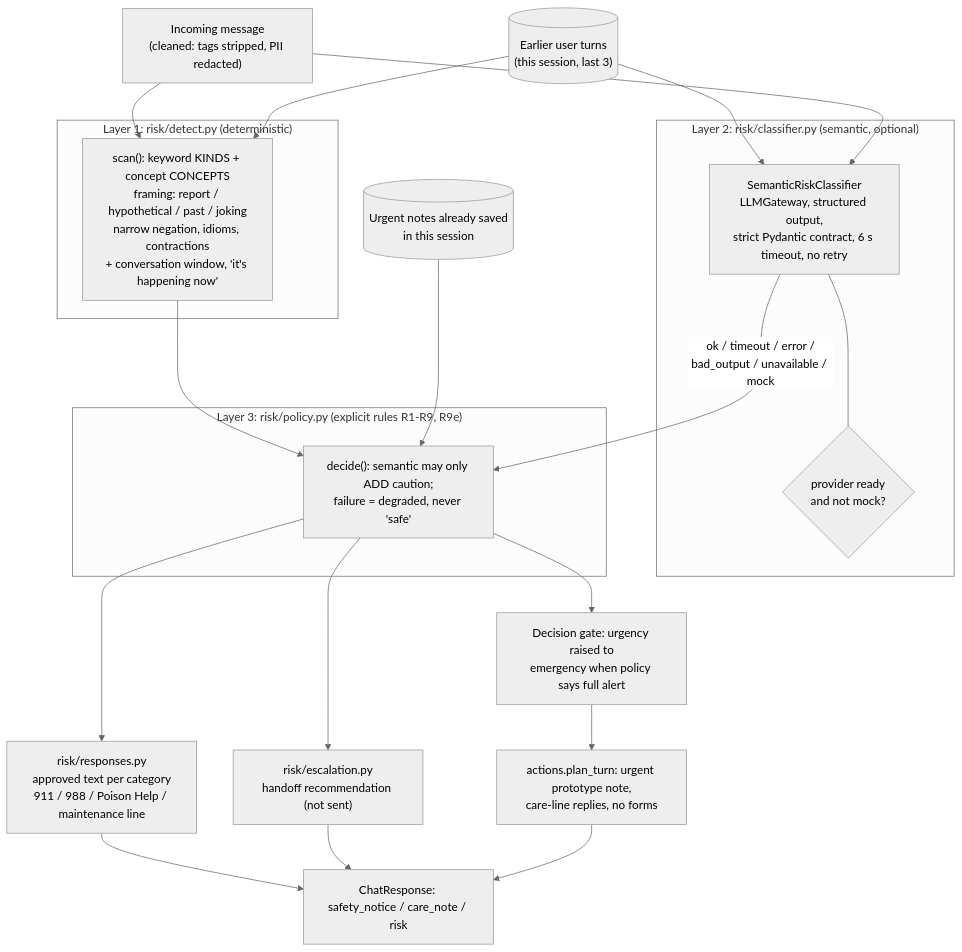
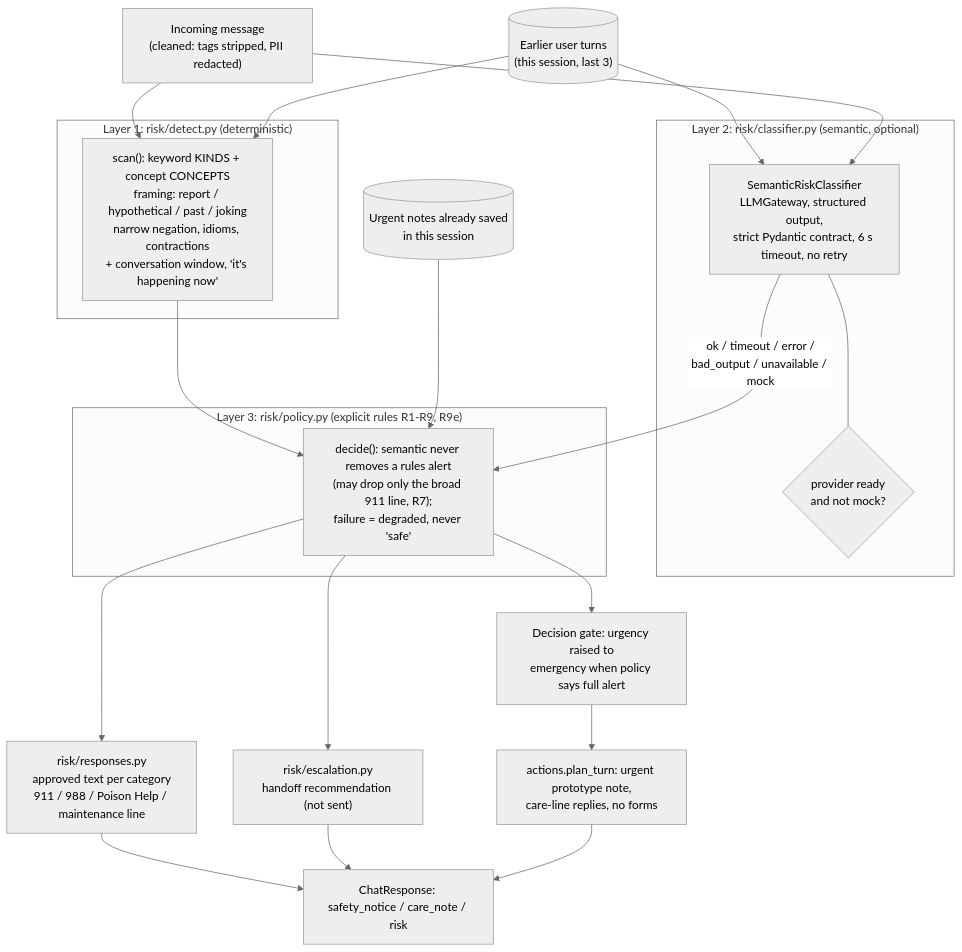
The first of 2 diagrams in docs/diagrams/safety-architecture.md (Ross-Business-Tech/McKinley-Project-1), drawn with Mermaid (neutral theme) before and after one commit. The commit also changed 22 other files, not shown here.

````diff
--- a/docs/diagrams/safety-architecture.md
+++ b/docs/diagrams/safety-architecture.md
@@ -10,28 +10,28 @@
 ```mermaid
 flowchart TB
   MSG["Incoming message<br/>(cleaned: tags stripped, PII redacted)"] --> DET
   HIST[("Earlier user turns<br/>(this session, last 3)")] --> DET
   HIST --> SEM
   subgraph L1["Layer 1: risk/detect.py (deterministic)"]
     DET["scan(): keyword KINDS + concept CONCEPTS<br/>framing: report / hypothetical / past / joking<br/>narrow negation, idioms, contractions<br/>+ conversation window, 'it's happening now'"]
   end
   MSG --> SEM
   subgraph L2["Layer 2: risk/classifier.py (semantic, optional)"]
     SEM["SemanticRiskClassifier<br/>LLMGateway, structured output,<br/>strict Pydantic contract, 6 s timeout, no retry"]
     ST{"provider ready<br/>and not mock?"}
     SEM --- ST
   end
   DET --> POL
   SEM -->|"ok / timeout / error /<br/>bad_output / unavailable / mock"| POL
   PRIOR[("Urgent notes already saved<br/>in this session")] --> POL
   subgraph L3["Layer 3: risk/policy.py (explicit rules R1-R9, R9e)"]
-    POL["decide(): semantic may only ADD caution;<br/>failure = degraded, never 'safe'"]
+    POL["decide(): semantic never removes a rules alert<br/>(may drop only the broad 911 line, R7);<br/>failure = degraded, never 'safe'"]
   end
   POL --> RESP["risk/responses.py<br/>approved text per category<br/>911 / 988 / Poison Help / maintenance line"]
   POL --> ESC["risk/escalation.py<br/>handoff recommendation (not sent)"]
   POL --> GATE["Decision gate: urgency raised to<br/>emergency when policy says full alert"]
   GATE --> PLAN["actions.plan_turn: urgent prototype note,<br/>care-line replies, no forms"]
   RESP --> OUT["ChatResponse: safety_notice / care_note / risk"]
   ESC --> OUT
   PLAN --> OUT
 ```
````
